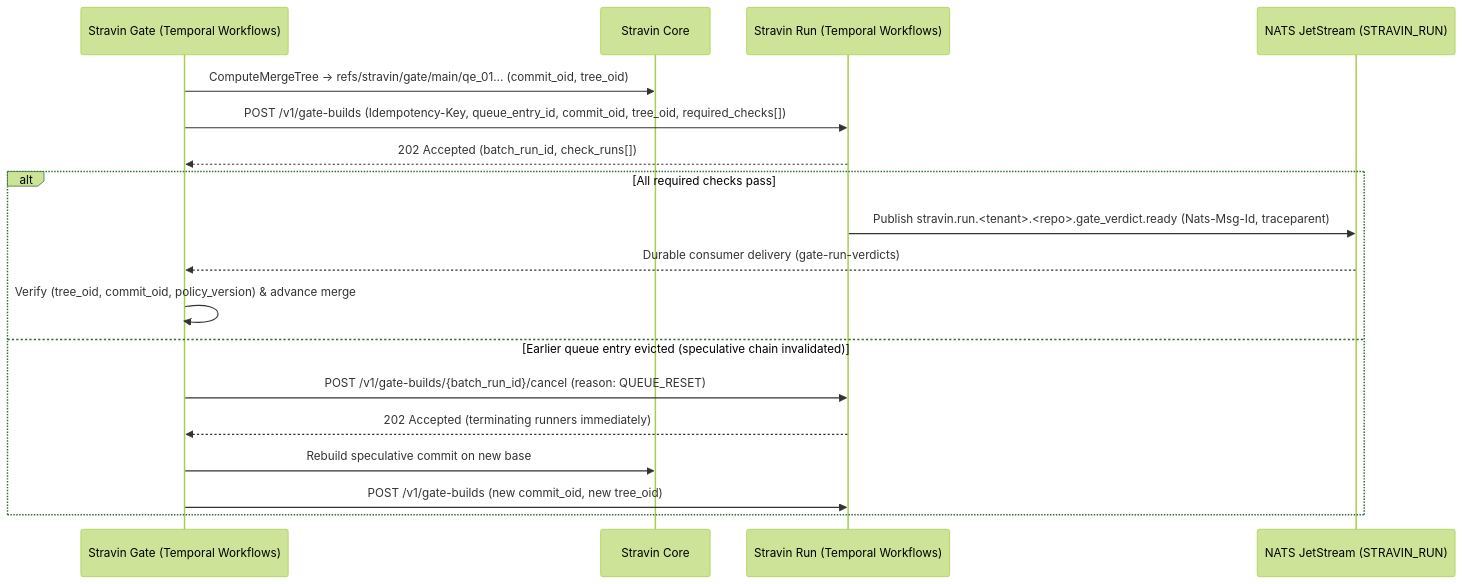
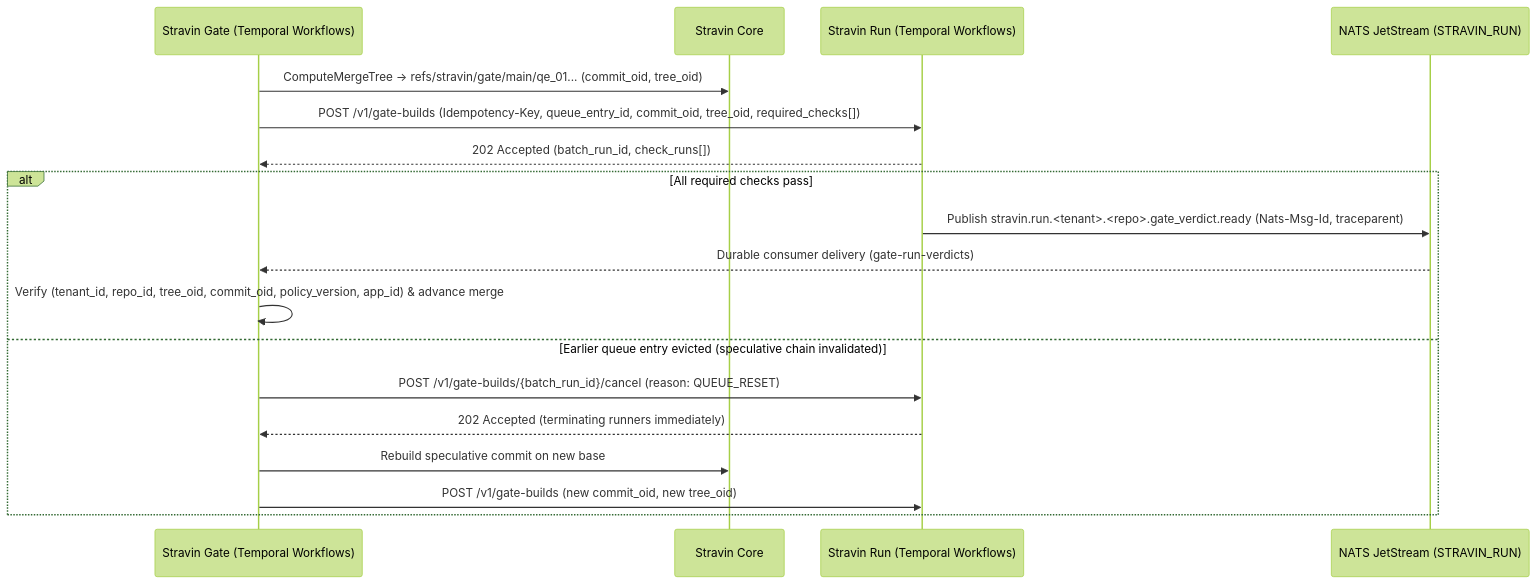
The diagram in docs/interfaces/run-gate.md (stravin-dev/architecture), drawn with Mermaid (forest theme) before and after one commit. The commit also changed other lines of this file and 8 other files, not shown here.

````diff
--- a/docs/interfaces/run-gate.md
+++ b/docs/interfaces/run-gate.md
@@ -17,22 +17,22 @@
 ```mermaid
 sequenceDiagram
     participant Gate as Stravin Gate (Temporal Workflows)
     participant Core as Stravin Core
     participant Run as Stravin Run (Temporal Workflows)
     participant NATS as NATS JetStream (STRAVIN_RUN)
 
     Gate->>Core: ComputeMergeTree -> refs/stravin/gate/main/qe_01... (commit_oid, tree_oid)
     Gate->>Run: POST /v1/gate-builds (Idempotency-Key, queue_entry_id, commit_oid, tree_oid, required_checks[])
     Run-->>Gate: 202 Accepted (batch_run_id, check_runs[])
 
     alt All required checks pass
         Run->>NATS: Publish stravin.run.<tenant>.<repo>.gate_verdict.ready (Nats-Msg-Id, traceparent)
         NATS-->>Gate: Durable consumer delivery (gate-run-verdicts)
-        Gate->>Gate: Verify (tree_oid, commit_oid, policy_version) & advance merge
+        Gate->>Gate: Verify (tenant_id, repo_id, tree_oid, commit_oid, policy_version, app_id) & advance merge
     else Earlier queue entry evicted (speculative chain invalidated)
         Gate->>Run: POST /v1/gate-builds/{batch_run_id}/cancel (reason: QUEUE_RESET)
         Run-->>Gate: 202 Accepted (terminating runners immediately)
         Gate->>Core: Rebuild speculative commit on new base
         Gate->>Run: POST /v1/gate-builds (new commit_oid, new tree_oid)
     end
 ```
````
